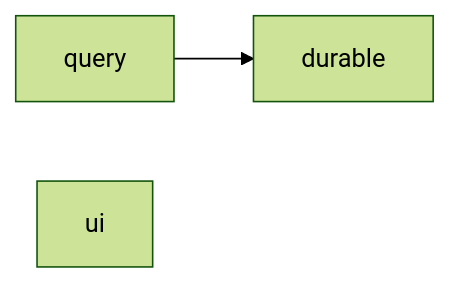
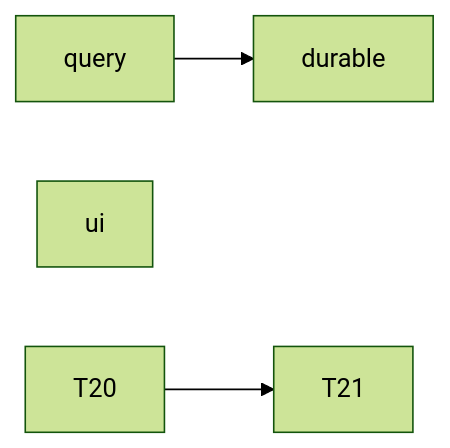
One commit to t128n/funnel changed the second of 3 diagrams in docs/plans/2026-10-22-forge-domain.md. Above: the diagram before and after it, drawn with Mermaid (forest theme). The commit also changed other lines of this file, not shown here.

````diff
--- a/docs/plans/2026-10-22-forge-domain.md
+++ b/docs/plans/2026-10-22-forge-domain.md
@@ -36,9 +36,10 @@
 ```mermaid
 flowchart LR
   T17[query]
   T18[durable]
   T19[ui]
   %% taskgraph
   T17 --> T18
   T19
+  T20 --> T21
 ```
````
